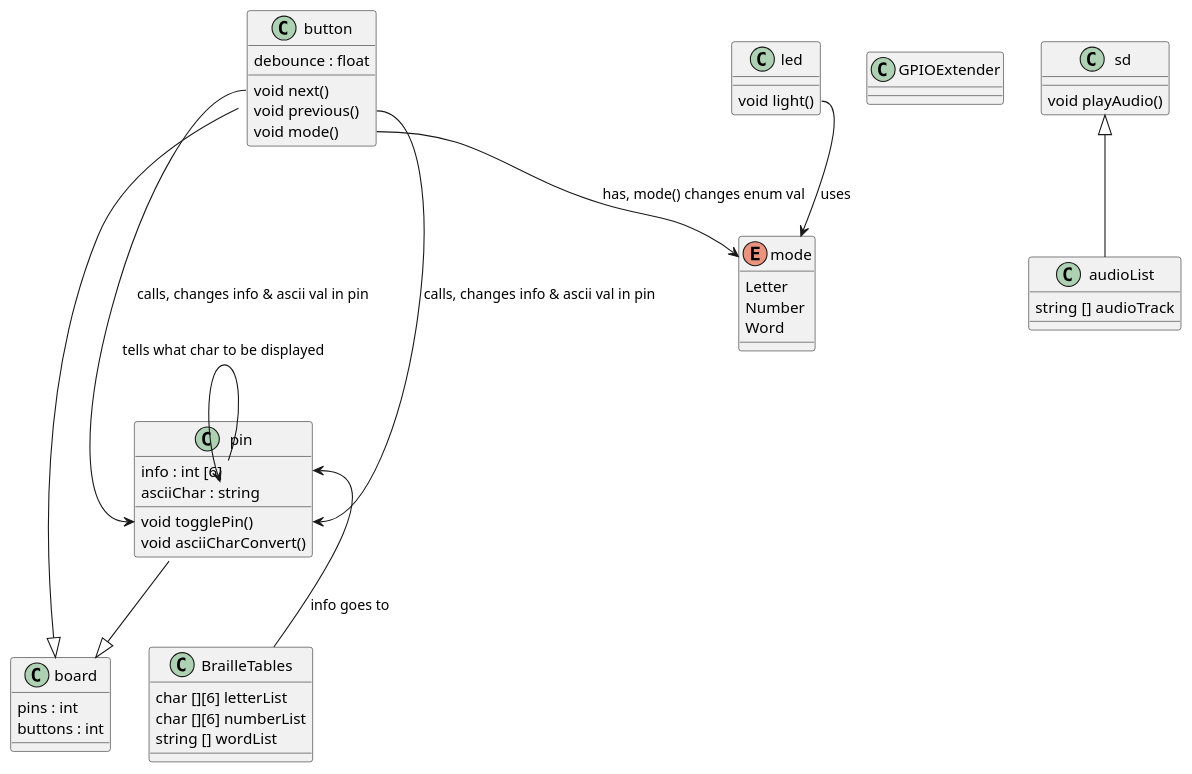
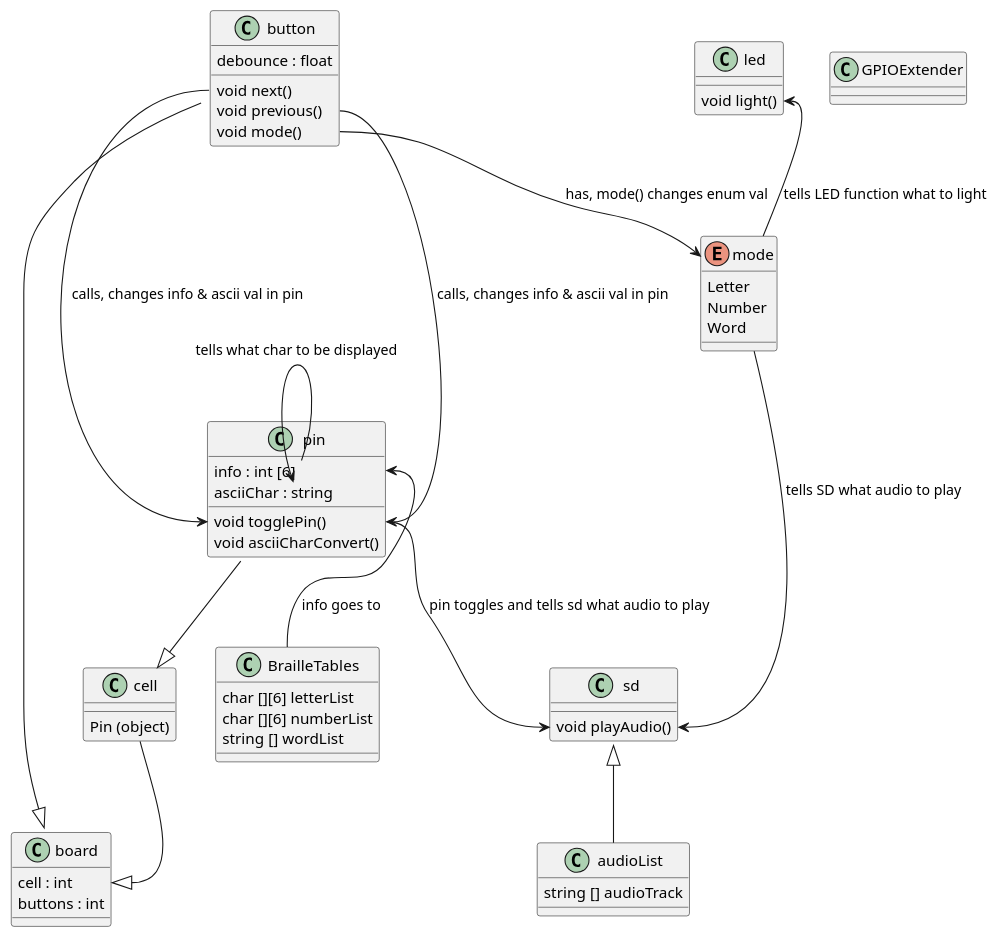
The diagram in Braille_Project/main/Braille.puml (nathe6/ENGR696-Braille), drawn with PlantUML before and after one commit.

Commit message:
First uml design

```diff
--- a/Braille_Project/main/Braille.puml
+++ b/Braille_Project/main/Braille.puml
@@ -1,58 +1,62 @@
 @startuml braille
 
 class board {
-    pins : int
+    cell : int
     buttons : int
 }
 
-button --|> board
-pin --|> board
+    cell --|> board::cell
+    cell : Pin (object)
+    button --|> board
+    pin --|> cell
 
 class pin {
     info : int [6]
     asciiChar : string
     void togglePin()
     void asciiCharConvert()
 }
 
     pin::info <-- BrailleTables : info goes to
     BrailleTables : char [][6] letterList
     BrailleTables : char [][6] numberList
     BrailleTables : string [] wordList
     pin::info --> pin::asciiChar : tells what char to be displayed
 
 class button {
     debounce : float 
     void next() 
     void previous()
     void mode()
 }
 
 class GPIOExtender {
-
+    
 }
 
 class sd {
     void playAudio()
 }
 
     sd <|-- audioList 
     audioList : string [] audioTrack
+    mode --> sd::playAudio : tells SD what audio to play
+    pin::togglePin --> sd::playAudio : pin toggles and tells sd what audio to play
 
 class led {
     void light()
 }
 
-    led::light --> mode : uses
+    led::light <-- mode : tells LED function what to light
 
 enum mode {
     Letter
     Number
     Word
 } 
 
     button::next ---> pin::togglePin : calls, changes info & ascii val in pin
     button::previous ---> pin::togglePin : calls, changes info & ascii val in pin
     button::mode --> mode : has, mode() changes enum val
 
 @enduml
```
